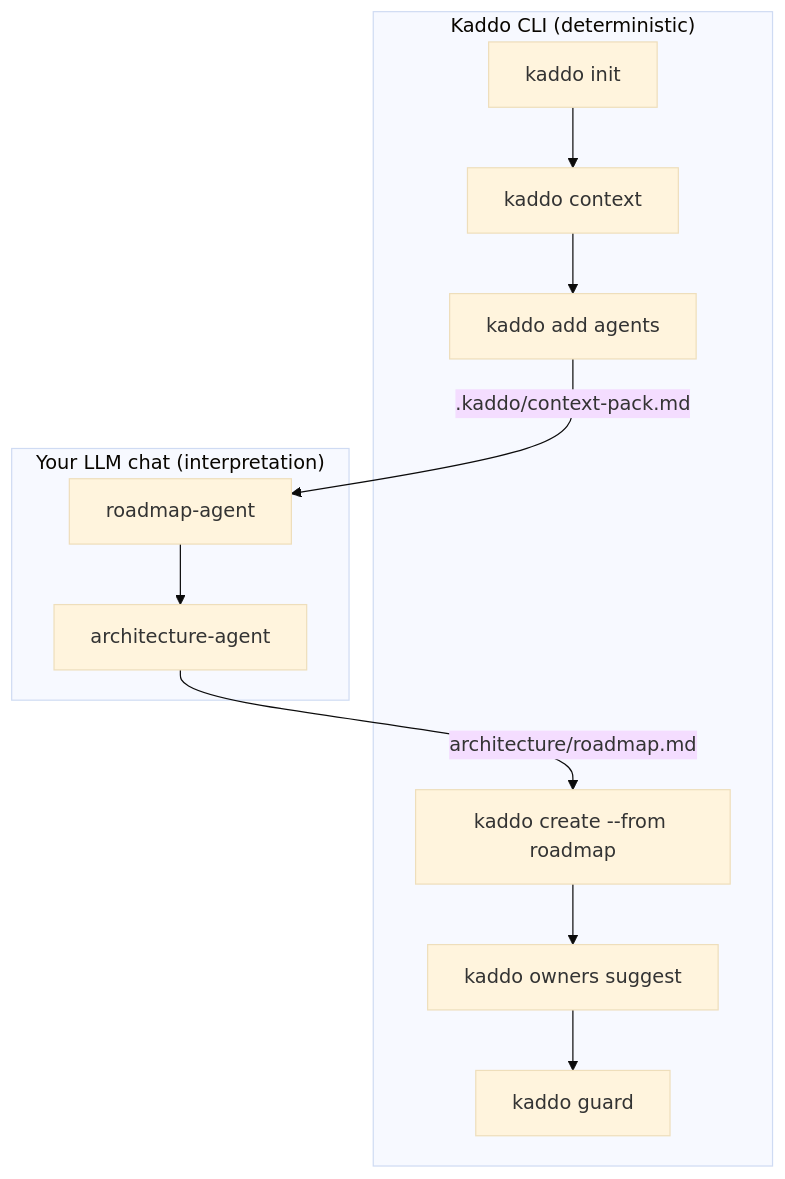
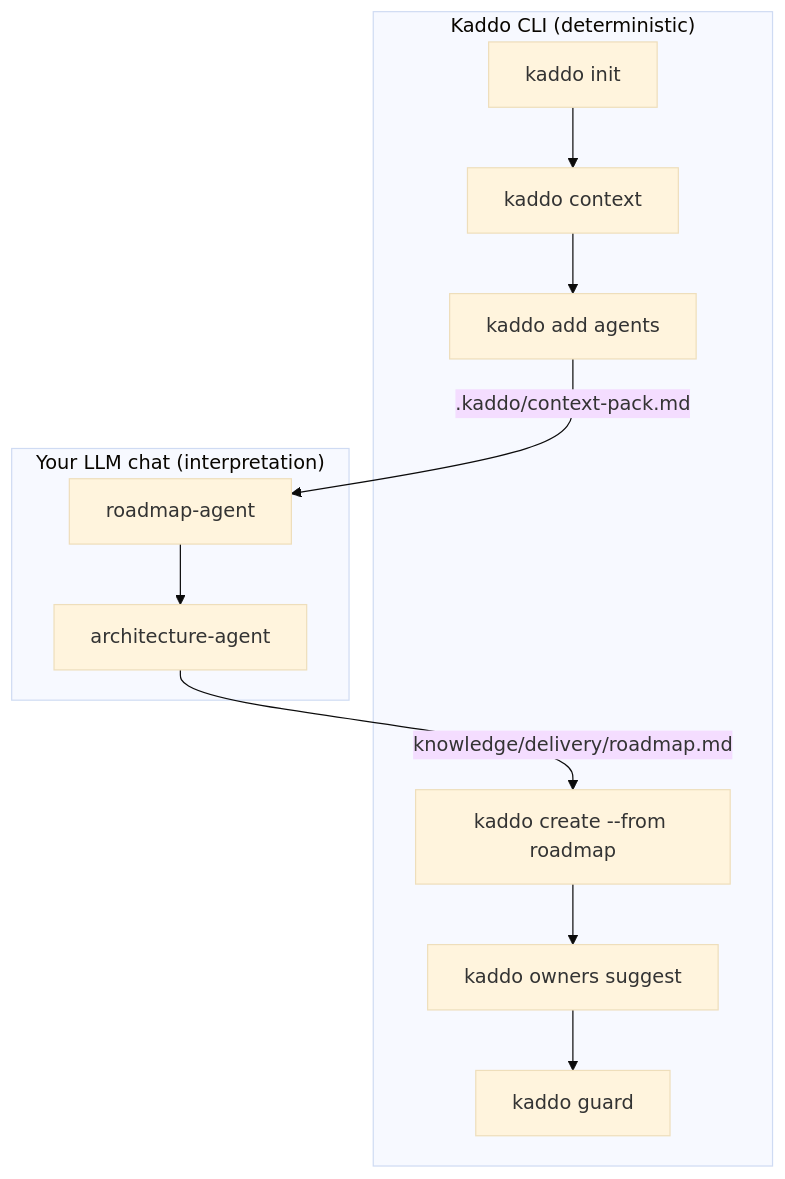
The diagram in examples/new-project/prompt-flow.md (Kaddo-kdd/kaddo), drawn with Mermaid (base theme) before and after one commit. The commit also changed other lines of this file and 105 other files, not shown here.

````diff
--- a/examples/new-project/prompt-flow.md
+++ b/examples/new-project/prompt-flow.md
@@ -12,14 +12,14 @@
 ```mermaid
 flowchart TD
   subgraph CLI["Kaddo CLI (deterministic)"]
     A[kaddo init] --> B[kaddo context]
     B --> C[kaddo add agents]
     F[kaddo create --from roadmap] --> G[kaddo owners suggest]
     G --> H[kaddo guard]
   end
   subgraph LLM["Your LLM chat (interpretation)"]
     D[roadmap-agent] --> E[architecture-agent]
   end
   C -->|.kaddo/context-pack.md| D
-  E -->|architecture/roadmap.md| F
+  E -->|knowledge/delivery/roadmap.md| F
 ```
````
